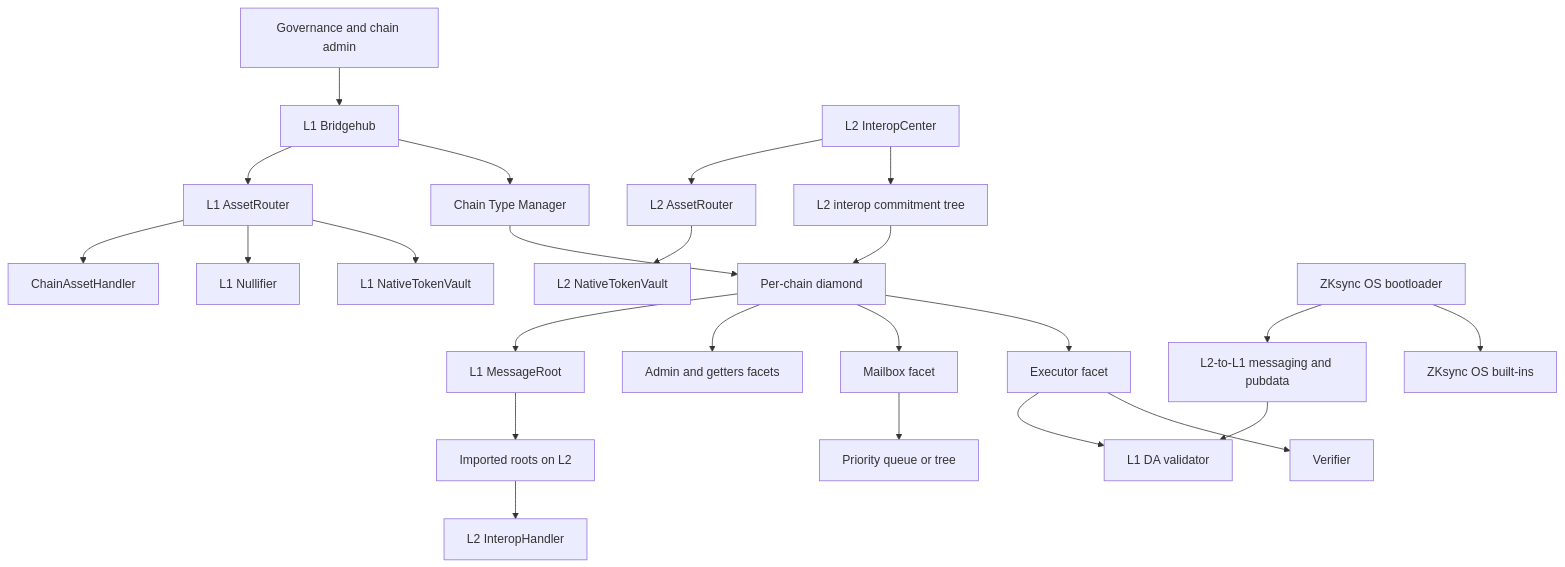
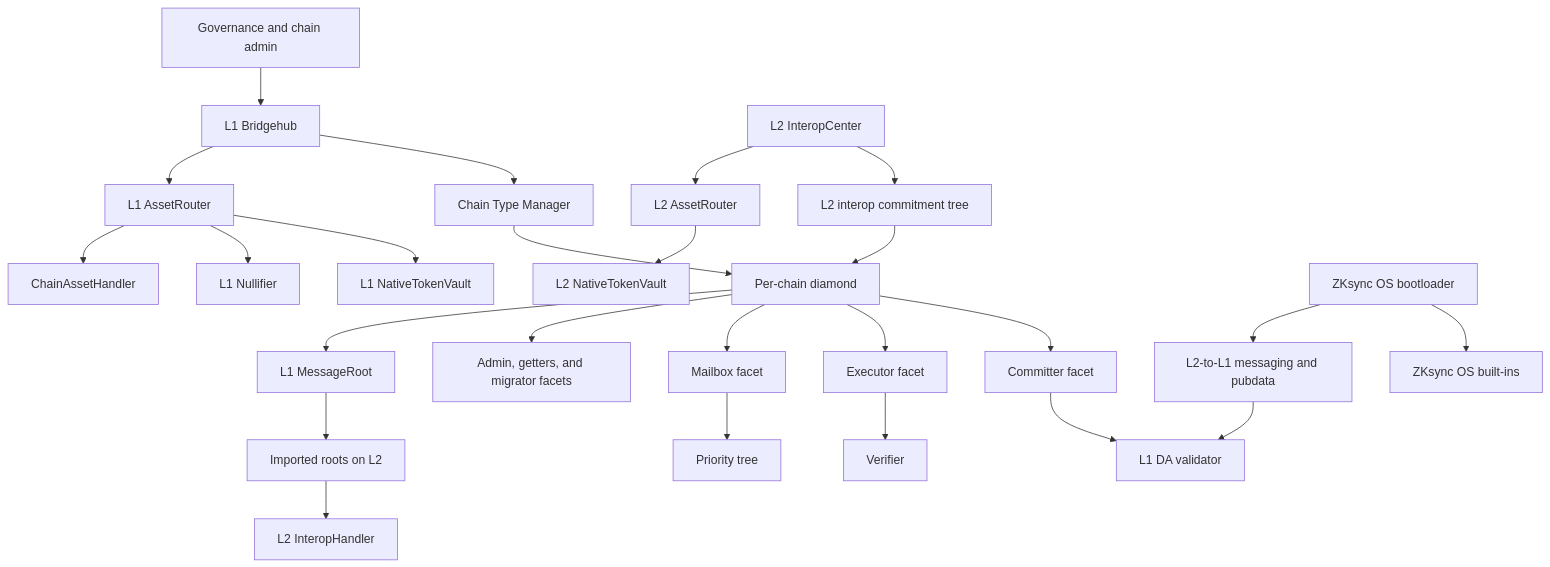
One commit to matter-labs/era-contracts changed the diagram in protocol-docs/system/README.md. Above: the diagram before and after it, drawn with Mermaid. The commit also changed other lines of this file and 48 other files, not shown here.

Commit message:
docs: align protocol architecture with implementation

````diff
--- a/protocol-docs/system/README.md
+++ b/protocol-docs/system/README.md
@@ -16,29 +16,30 @@
 ```mermaid
 flowchart TB
     G[Governance and chain admin] --> BH[L1 Bridgehub]
     BH --> CTM[Chain Type Manager]
     CTM --> D[Per-chain diamond]
+    D --> CO[Committer facet]
     D --> EX[Executor facet]
     D --> MB[Mailbox facet]
-    D --> AD[Admin and getters facets]
+    D --> AD[Admin, getters, and migrator facets]
+    CO --> DA[L1 DA validator]
     EX --> V[Verifier]
-    EX --> DA[L1 DA validator]
-    MB --> PQ[Priority queue or tree]
+    MB --> PQ[Priority tree]
 
     BH --> AR[L1 AssetRouter]
     AR --> NTV[L1 NativeTokenVault]
     AR --> N[L1 Nullifier]
     AR --> CAH[ChainAssetHandler]
 
     D --> MR[L1 MessageRoot]
     MR --> IR[Imported roots on L2]
     IC[L2 InteropCenter] --> IMT[L2 interop commitment tree]
     IMT --> D
     IR --> IH[L2 InteropHandler]
     IC --> L2AR[L2 AssetRouter]
     L2AR --> L2NTV[L2 NativeTokenVault]
 
     BL[ZKsync OS bootloader] --> SC[ZKsync OS built-ins]
     BL --> LM[L2-to-L1 messaging and pubdata]
     LM --> DA
 ```
````
